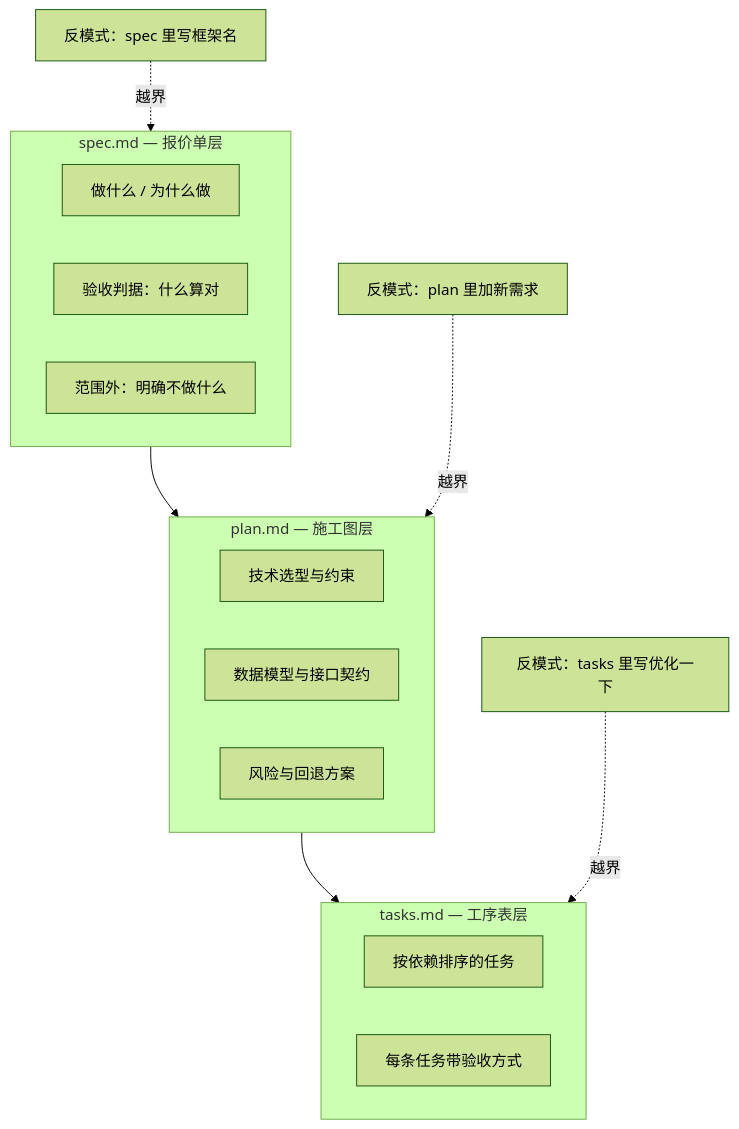
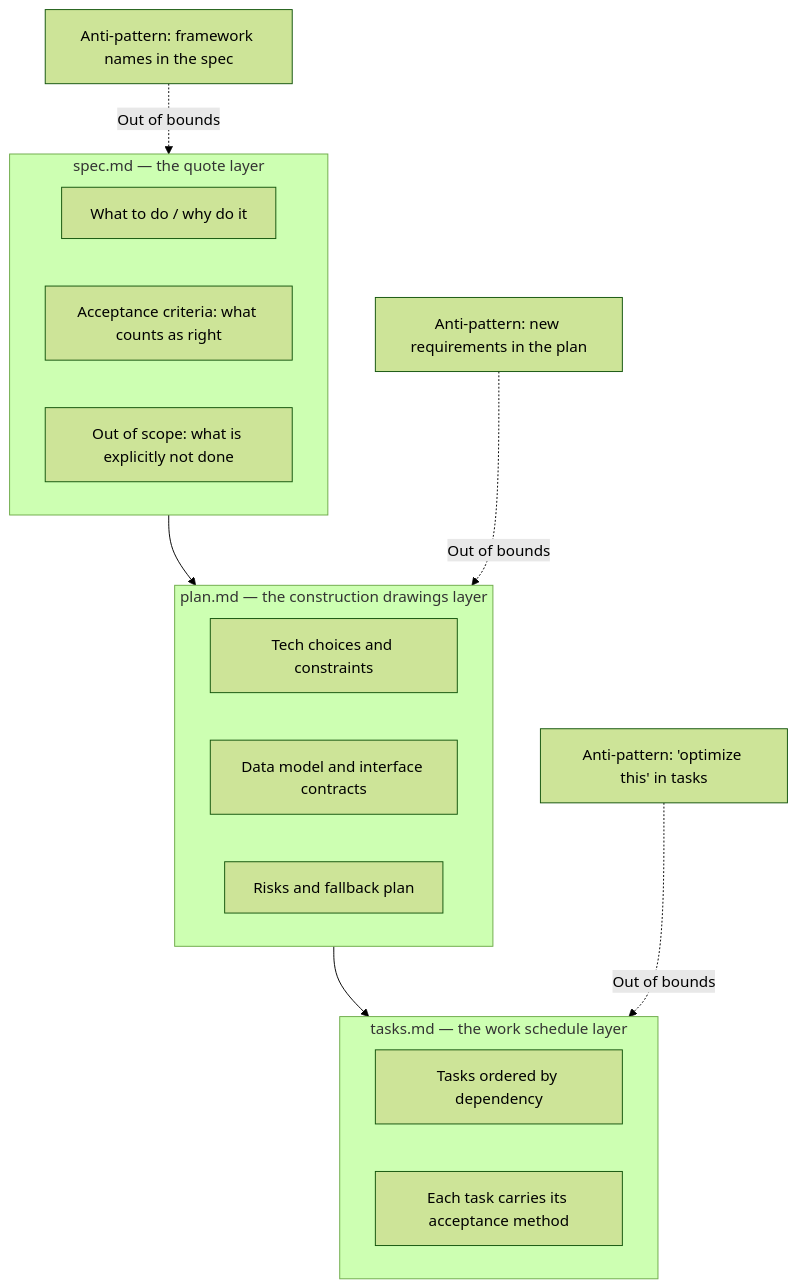
Before and after one commit to xzlxiao/vibe-coding-textbook: the first of 2 diagrams in phase2/chapters/ch02-spec-as-interface.md, drawn with Mermaid (forest theme). The commit also changed other lines of this file and 15 other files, not shown here.

````diff
--- a/phase2/chapters/ch02-spec-as-interface.md
+++ b/phase2/chapters/ch02-spec-as-interface.md
@@ -51,21 +51,21 @@
 ```mermaid
 flowchart TB
-    subgraph SPEC["spec.md — 报价单层"]
-        S1["做什么 / 为什么做"]
-        S2["验收判据：什么算对"]
-        S3["范围外：明确不做什么"]
+    subgraph SPEC["spec.md — the quote layer"]
+        S1["What to do / why do it"]
+        S2["Acceptance criteria: what counts as right"]
+        S3["Out of scope: what is explicitly not done"]
     end
-    subgraph PLAN["plan.md — 施工图层"]
-        P1["技术选型与约束"]
-        P2["数据模型与接口契约"]
-        P3["风险与回退方案"]
+    subgraph PLAN["plan.md — the construction drawings layer"]
+        P1["Tech choices and constraints"]
+        P2["Data model and interface contracts"]
+        P3["Risks and fallback plan"]
     end
-    subgraph TASKS["tasks.md — 工序表层"]
-        T1["按依赖排序的任务"]
-        T2["每条任务带验收方式"]
+    subgraph TASKS["tasks.md — the work schedule layer"]
+        T1["Tasks ordered by dependency"]
+        T2["Each task carries its acceptance method"]
     end
     SPEC --> PLAN --> TASKS
-    X["反模式：spec 里写框架名"] -.->|"越界"| SPEC
-    Y["反模式：plan 里加新需求"] -.->|"越界"| PLAN
-    Z["反模式：tasks 里写优化一下"] -.->|"越界"| TASKS
+    X["Anti-pattern: framework names in the spec"] -.->|"Out of bounds"| SPEC
+    Y["Anti-pattern: new requirements in the plan"] -.->|"Out of bounds"| PLAN
+    Z["Anti-pattern: 'optimize this' in tasks"] -.->|"Out of bounds"| TASKS
 ```
````
